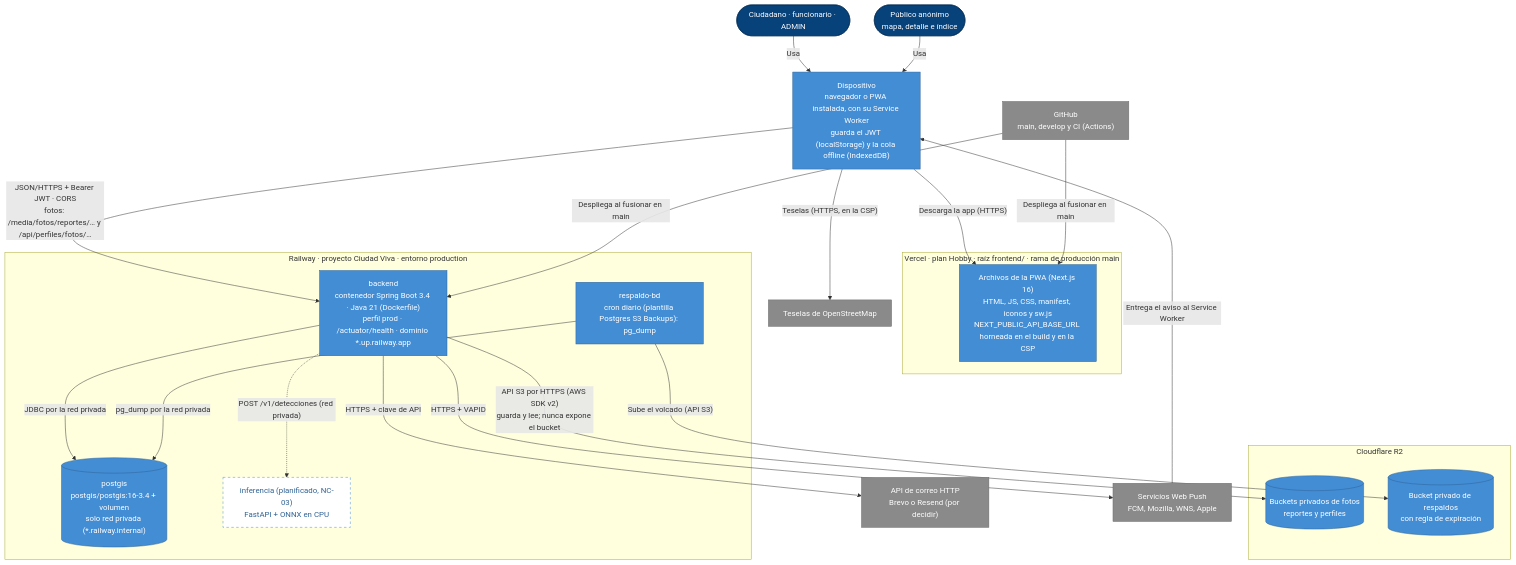
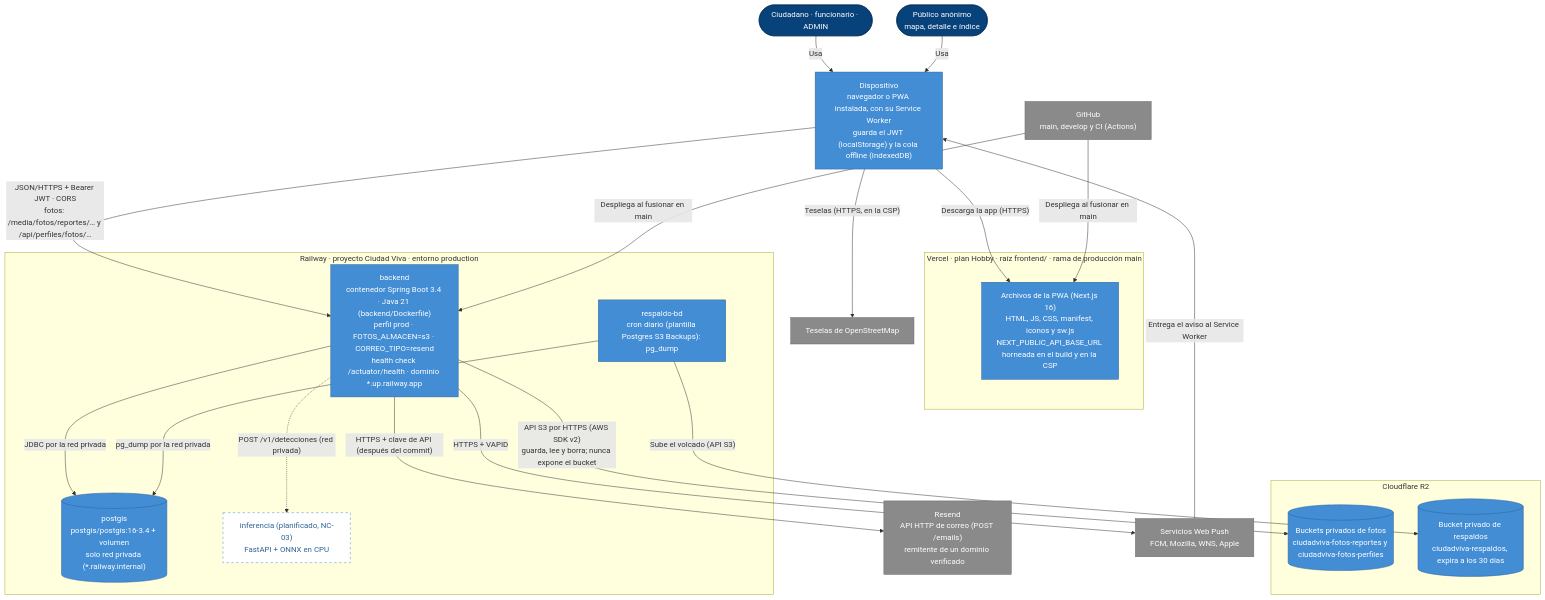
The diagram in docs/arquitectura/c4-despliegue.md (TP202620041/tesis), drawn with Mermaid before and after one commit. The commit also changed other lines of this file and 6 other files, not shown here.

First line of the commit message:
DOC: diagramas de arquitectura (R2 y Resend en los C4, despliegue con las decisiones aceptadas, V18 y QA-1 en los generados)

````diff
--- a/docs/arquitectura/c4-despliegue.md
+++ b/docs/arquitectura/c4-despliegue.md
@@ -5,53 +5,53 @@
 ```mermaid
 flowchart TB
   persona(["Ciudadano · funcionario · ADMIN"])
   publico(["Público anónimo<br/>mapa, detalle e índice"])
 
   dispositivo["Dispositivo<br/>navegador o PWA instalada, con su Service Worker<br/>guarda el JWT (localStorage) y la cola offline (IndexedDB)"]
 
   subgraph vercel["Vercel · plan Hobby · raíz frontend/ · rama de producción main"]
     pwa["Archivos de la PWA (Next.js 16)<br/>HTML, JS, CSS, manifest, iconos y sw.js<br/>NEXT_PUBLIC_API_BASE_URL horneada en el build y en la CSP"]
   end
 
   subgraph railway["Railway · proyecto Ciudad Viva · entorno production"]
-    api["backend<br/>contenedor Spring Boot 3.4 · Java 21 (Dockerfile)<br/>perfil prod · /actuator/health · dominio *.up.railway.app"]
+    api["backend<br/>contenedor Spring Boot 3.4 · Java 21 (backend/Dockerfile)<br/>perfil prod · FOTOS_ALMACEN=s3 · CORREO_TIPO=resend<br/>health check /actuator/health · dominio *.up.railway.app"]
     db[("postgis<br/>postgis/postgis:16-3.4 + volumen<br/>solo red privada (*.railway.internal)")]
     respaldo["respaldo-bd<br/>cron diario (plantilla Postgres S3 Backups): pg_dump"]
     inferencia["inferencia (planificado, NC-03)<br/>FastAPI + ONNX en CPU"]
   end
 
   subgraph cloudflare["Cloudflare R2"]
-    fotos[("Buckets privados de fotos<br/>reportes y perfiles")]
-    copias[("Bucket privado de respaldos<br/>con regla de expiración")]
+    fotos[("Buckets privados de fotos<br/>ciudadviva-fotos-reportes y ciudadviva-fotos-perfiles")]
+    copias[("Bucket privado de respaldos<br/>ciudadviva-respaldos, expira a los 30 días")]
   end
 
-  correo["API de correo HTTP<br/>Brevo o Resend (por decidir)"]
+  correo["Resend<br/>API HTTP de correo (POST /emails)<br/>remitente de un dominio verificado"]
   push["Servicios Web Push<br/>FCM, Mozilla, WNS, Apple"]
   osm["Teselas de OpenStreetMap"]
   github["GitHub<br/>main, develop y CI (Actions)"]
 
   persona -->|"Usa"| dispositivo
   publico -->|"Usa"| dispositivo
   dispositivo -->|"Descarga la app (HTTPS)"| pwa
   dispositivo -->|"JSON/HTTPS + Bearer JWT · CORS<br/>fotos: /media/fotos/reportes/… y /api/perfiles/fotos/…"| api
   dispositivo -->|"Teselas (HTTPS, en la CSP)"| osm
   api -->|"JDBC por la red privada"| db
-  api -->|"API S3 por HTTPS (AWS SDK v2)<br/>guarda y lee; nunca expone el bucket"| fotos
-  api -->|"HTTPS + clave de API"| correo
+  api -->|"API S3 por HTTPS (AWS SDK v2)<br/>guarda, lee y borra; nunca expone el bucket"| fotos
+  api -->|"HTTPS + clave de API (después del commit)"| correo
   api -->|"HTTPS + VAPID"| push
   push -->|"Entrega el aviso al Service Worker"| dispositivo
   api -.->|"POST /v1/detecciones (red privada)"| inferencia
   respaldo -->|"pg_dump por la red privada"| db
   respaldo -->|"Sube el volcado (API S3)"| copias
   github -->|"Despliega al fusionar en main"| pwa
   github -->|"Despliega al fusionar en main"| api
 
   classDef persona fill:#08427b,stroke:#052e56,color:#ffffff
   classDef contenedor fill:#438dd5,stroke:#2e6295,color:#ffffff
   classDef externo fill:#8a8a8a,stroke:#6b6b6b,color:#ffffff
   classDef planificado fill:#ffffff,stroke:#438dd5,stroke-dasharray:5 5,color:#2e6295
   class persona,publico persona
   class dispositivo,pwa,api,db,respaldo,fotos,copias contenedor
   class correo,push,osm,github externo
   class inferencia planificado
 ```
````
